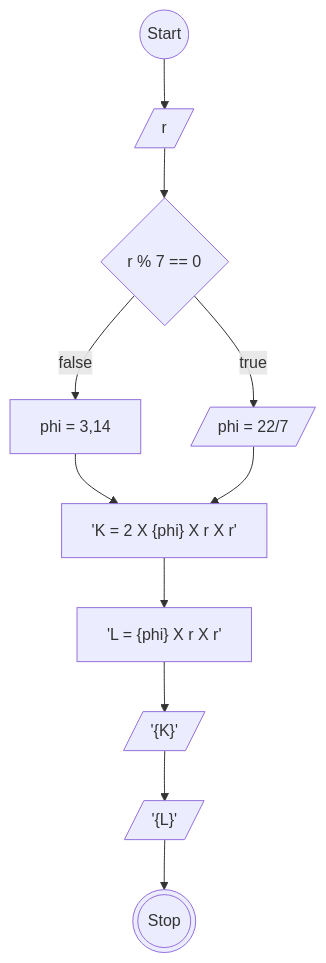
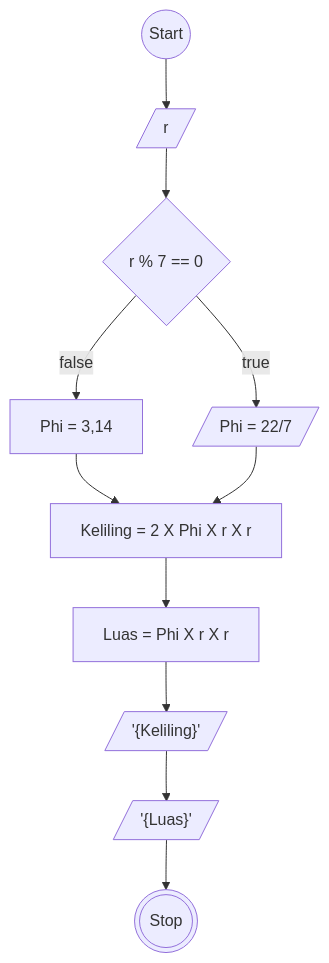
One commit to almarufh/Koda-B8-Algoritma changed the diagram in Menghitung_luas&keliling.md. Above: the diagram before and after it, drawn with Mermaid. The commit also changed other lines of this file, not shown here.

````diff
--- a/Menghitung_luas&keliling.md
+++ b/Menghitung_luas&keliling.md
@@ -35,30 +21,30 @@
 ```mermaid
 flowchart TD
 A@{ shape: circle, label: "Start" }
 B@{ shape: lean-r, label: "r" }
 C@{ shape: diamond, label: "r % 7 == 0" }
-E@{ shape: rect, label: "'K = 2 X {phi} X r X r'"}
-F@{ shape: rect, label: "'L = {phi} X r X r'"}
-H@{ shape: rect, label: "phi = 3,14"}
-I@{ shape: lean-r, label: "'{L}'" }
-J@{ shape: lean-r, label: "'{K}'" }
+E@{ shape: rect, label: "Keliling = 2 X Phi X r X r"}
+F@{ shape: rect, label: "Luas = Phi X r X r"}
+H@{ shape: rect, label: "Phi = 3,14"}
+I@{ shape: lean-r, label: "'{Luas}'" }
+J@{ shape: lean-r, label: "'{Keliling}'" }
 K@{ shape: dbl-circ, label: "Stop"}
-L@{ shape: lean-r, label: "phi = 22/7" }
+L@{ shape: lean-r, label: "Phi = 22/7" }
 
 A --> B
 B --> C
 C --true--> L
 C --false--> H
 H --> E
 L --> E
 E --> F
 F --> J
 J --> I
 I --> K
 
 
 
 
 
 
 ```
````
